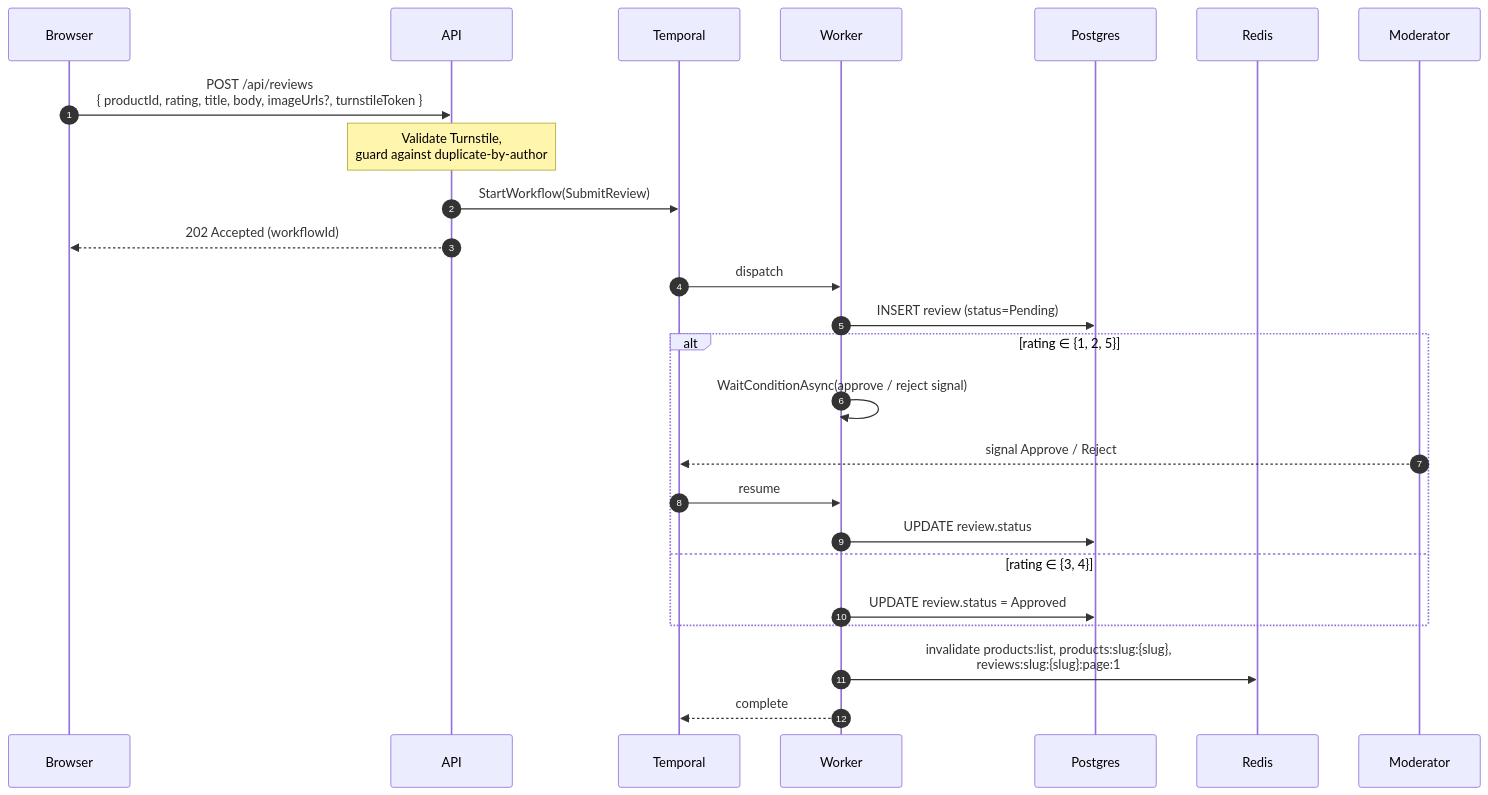
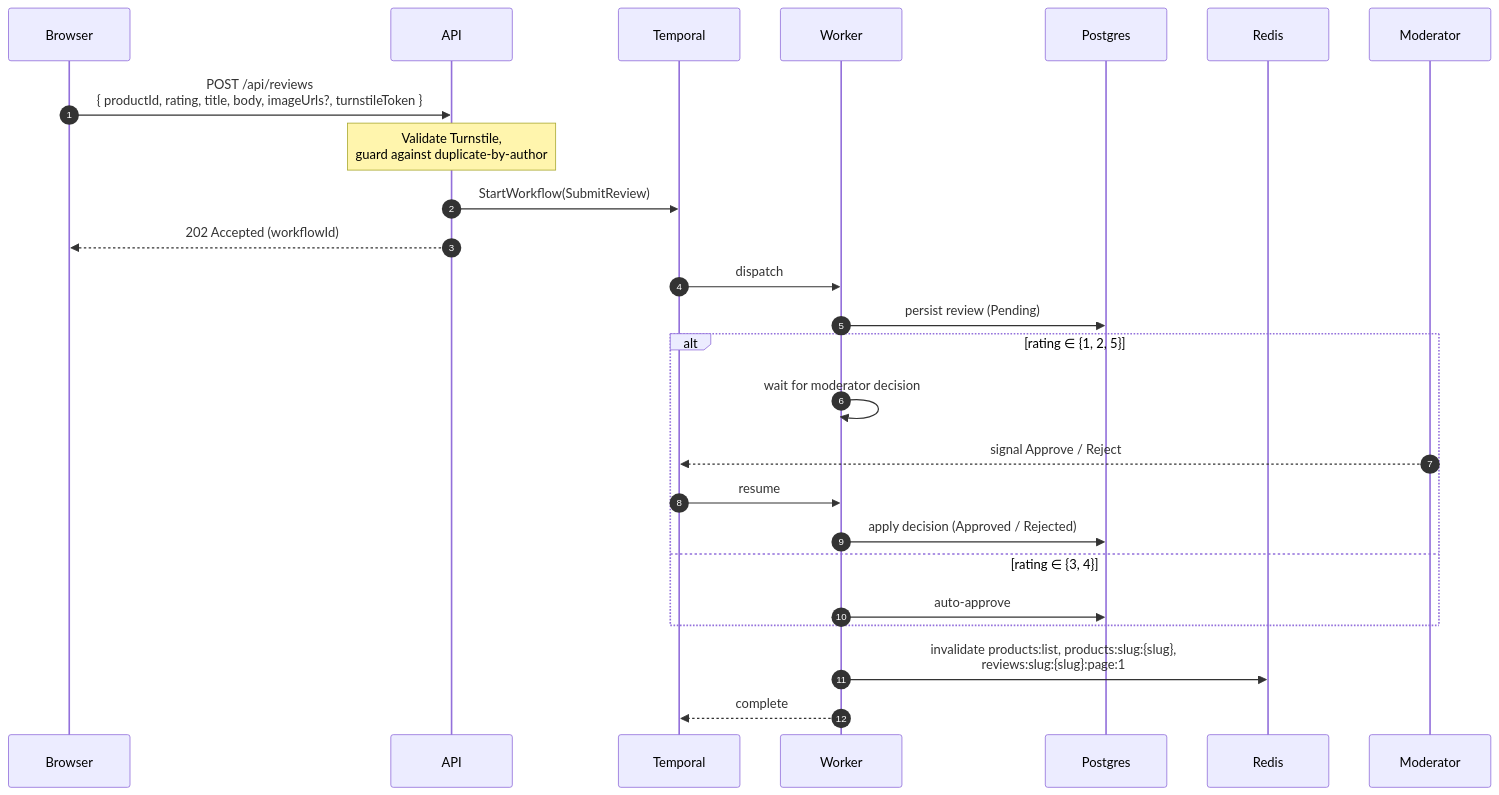
Before and after one commit to KaliCZ/reviews: the sixth of 12 diagrams in docs/flows.md, drawn with Mermaid. The commit also changed other lines of this file and 13 other files, not shown here.

````diff
--- a/docs/flows.md
+++ b/docs/flows.md
@@ -181,31 +179,31 @@
 ```mermaid
 sequenceDiagram
     autonumber
     participant B as Browser
     participant A as API
     participant T as Temporal
     participant W as Worker
     participant P as Postgres
     participant R as Redis
     participant M as Moderator
 
     B->>A: POST /api/reviews<br/>{ productId, rating, title, body, imageUrls?, turnstileToken }
     Note over A: Validate Turnstile,<br/>guard against duplicate-by-author
     A->>T: StartWorkflow(SubmitReview)
     A-->>B: 202 Accepted (workflowId)
 
     T->>W: dispatch
-    W->>P: INSERT review (status=Pending)
+    W->>P: persist review (Pending)
 
     alt rating ∈ {1, 2, 5}
-        W->>W: WaitConditionAsync(approve / reject signal)
+        W->>W: wait for moderator decision
         M-->>T: signal Approve / Reject
         T->>W: resume
-        W->>P: UPDATE review.status
+        W->>P: apply decision (Approved / Rejected)
     else rating ∈ {3, 4}
-        W->>P: UPDATE review.status = Approved
+        W->>P: auto-approve
     end
 
     W->>R: invalidate products:list, products:slug:{slug},<br/>reviews:slug:{slug}:page:1
     W-->>T: complete
 ```
````
